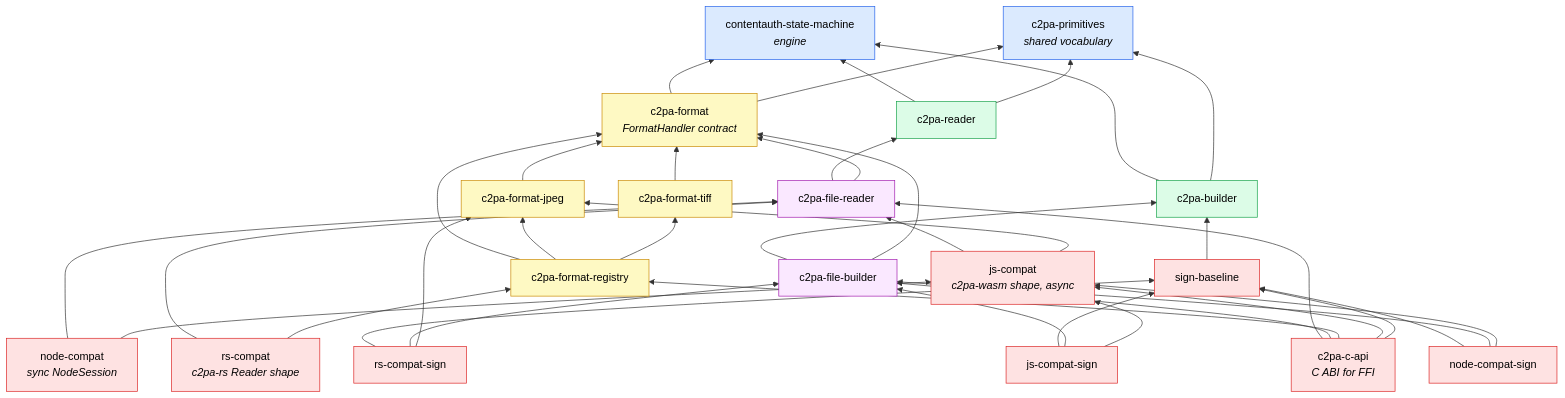
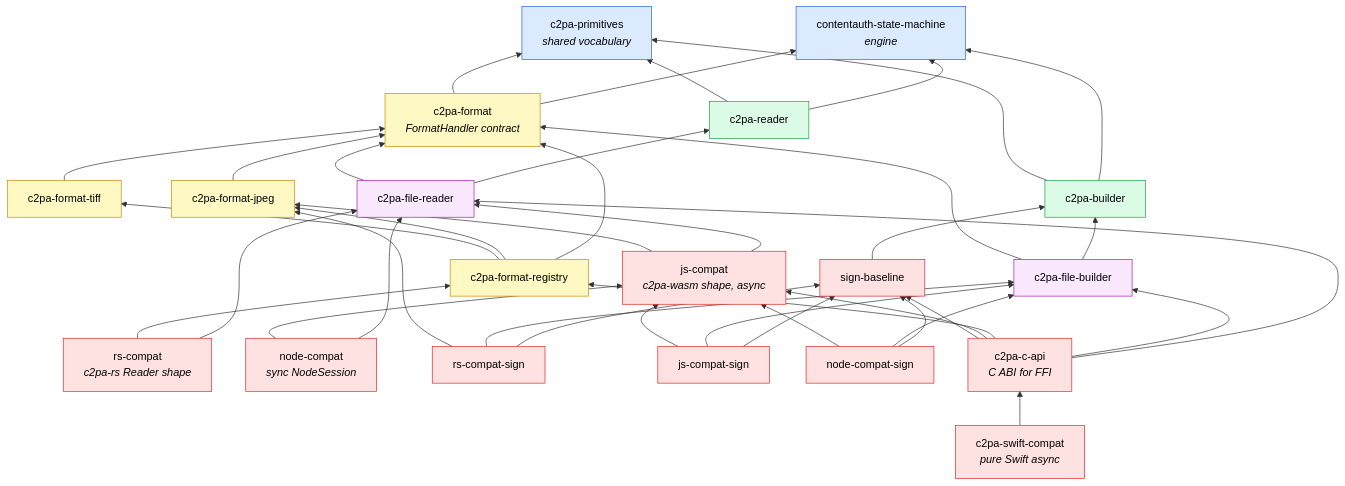
The first of 2 diagrams in docs/walkthrough/02-architecture.md (scouten/state-machine-experiment), drawn with Mermaid before and after one commit. The commit also changed other lines of this file and 20 other files, not shown here.

````diff
--- a/docs/walkthrough/02-architecture.md
+++ b/docs/walkthrough/02-architecture.md
@@ -11,54 +11,57 @@
 ```mermaid
 flowchart BT
     SM["contentauth-state-machine<br/><i>engine</i>"]
     PR["c2pa-primitives<br/><i>shared vocabulary</i>"]
 
     RD["c2pa-reader"]
     BD["c2pa-builder"]
     FM["c2pa-format<br/><i>FormatHandler contract</i>"]
 
     JP["c2pa-format-jpeg"]
     TF["c2pa-format-tiff"]
     RG["c2pa-format-registry"]
 
     FR["c2pa-file-reader"]
     FB["c2pa-file-builder"]
 
     RSC["rs-compat<br/><i>c2pa-rs Reader shape</i>"]
     JSC["js-compat<br/><i>c2pa-wasm shape, async</i>"]
     NDC["node-compat<br/><i>sync NodeSession</i>"]
 
     SB["sign-baseline"]
     RSS["rs-compat-sign"]
     JSS["js-compat-sign"]
     NDS["node-compat-sign"]
+
     CAPI["c2pa-c-api<br/><i>C ABI for FFI</i>"]
+    SWIFT["c2pa-swift-compat<br/><i>pure Swift async</i>"]
 
     RD --> SM & PR
     BD --> SM & PR
     FM --> SM & PR
     JP --> FM
     TF --> FM
     RG --> FM & JP & TF
     FR --> RD & FM
     FB --> BD & FM
     RSC --> FR & RG
     JSC --> FR & JP
     NDC --> FR & JSC
     SB --> BD
     RSS --> SB & FB & JP
     JSS --> SB & FB & JSC
     NDS --> SB & FB & JSC
     CAPI --> FR & FB & RG & JSC & SB
+    SWIFT --> CAPI
 
     classDef engine fill:#dbeafe,stroke:#2563eb,color:#000
     classDef core fill:#dcfce7,stroke:#16a34a,color:#000
     classDef fmt fill:#fef9c3,stroke:#ca8a04,color:#000
     classDef glue fill:#fae8ff,stroke:#a21caf,color:#000
     classDef bind fill:#fee2e2,stroke:#dc2626,color:#000
     class SM,PR engine
     class RD,BD core
     class FM,JP,TF,RG fmt
     class FR,FB glue
-    class RSC,JSC,NDC,SB,RSS,JSS,NDS,CAPI bind
+    class RSC,JSC,NDC,SB,RSS,JSS,NDS,CAPI,SWIFT bind
 ```
````
